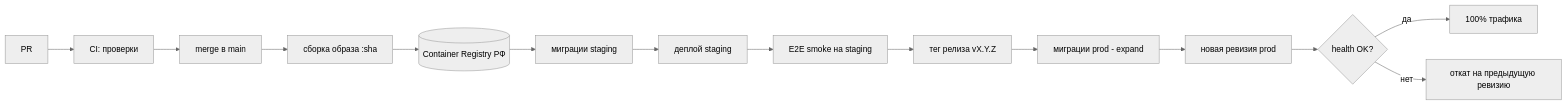
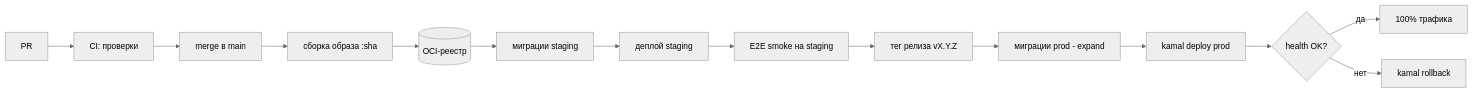
One commit to Evgeniy04/enroll changed the diagram in docs/product-blueprint/19-infrastructure.md. Above: the diagram before and after it, drawn with Mermaid (neutral theme). The commit also changed other lines of this file and 18 other files, not shown here.

````diff
--- a/docs/product-blueprint/19-infrastructure.md
+++ b/docs/product-blueprint/19-infrastructure.md
@@ -51,9 +51,9 @@
 ```mermaid
 flowchart LR
   PR[PR] --> CI[CI: проверки] --> M[merge в main]
-  M --> B[сборка образа :sha] --> R[(Container Registry РФ)]
+  M --> B[сборка образа :sha] --> R[(OCI-реестр)]
   R --> MIG1[миграции staging] --> S[деплой staging] --> E2E[E2E smoke на staging]
-  E2E --> T[тег релиза vX.Y.Z] --> MIG2[миграции prod - expand] --> P[новая ревизия prod] --> H{health OK?}
+  E2E --> T[тег релиза vX.Y.Z] --> MIG2[миграции prod - expand] --> P[kamal deploy prod] --> H{health OK?}
   H -->|да| D[100% трафика]
-  H -->|нет| RB[откат на предыдущую ревизию]
+  H -->|нет| RB[kamal rollback]
 ```
````
